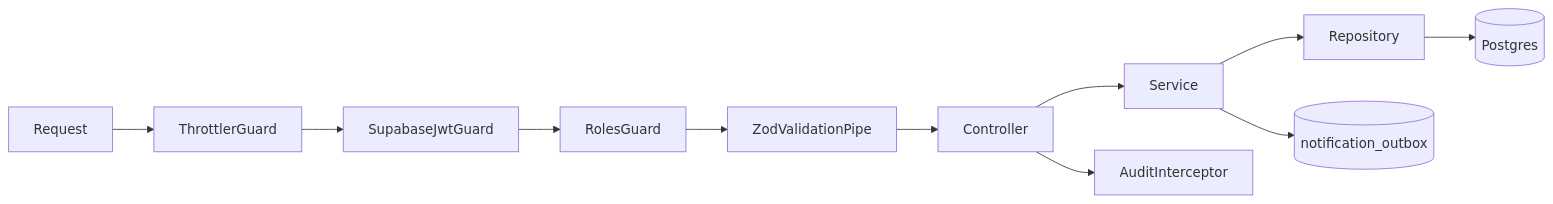
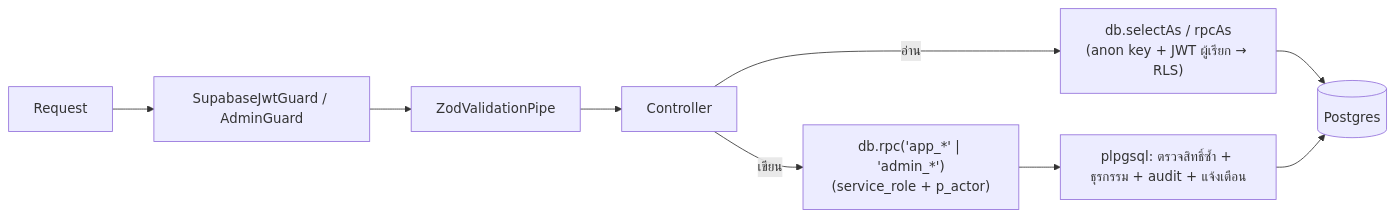
One commit to NightList/NightOut changed the third of 7 diagrams in docs/ARCHITECTURE.md. Above: the diagram before and after it, drawn with Mermaid. The commit also changed other lines of this file and 3 other files, not shown here.

First line of the commit message:
docs: ADR 0006 (เสนอจัด API ตามโดเมน + packages/contracts) · ARCHITECTURE หัวข้อ Backend ให้ตรงของจริง · CLAUDE.md checklist เพิ่ม endpoint + กฎ DB ที่เจอจริง

````diff
--- a/docs/ARCHITECTURE.md
+++ b/docs/ARCHITECTURE.md
@@ -209,6 +214,6 @@
 ```mermaid
 flowchart LR
-  R[Request] --> T[ThrottlerGuard] --> J[SupabaseJwtGuard] --> RG[RolesGuard] --> P[ZodValidationPipe] --> CT[Controller] --> S[Service] --> RP[Repository] --> DB[(Postgres)]
-  S --> O[(notification_outbox)]
-  CT --> I[AuditInterceptor]
+  R[Request] --> G[SupabaseJwtGuard / AdminGuard] --> P[ZodValidationPipe] --> C[Controller]
+  C -- อ่าน --> RA["db.selectAs / rpcAs<br/>(anon key + JWT ผู้เรียก → RLS)"] --> PG[(Postgres)]
+  C -- เขียน --> RW["db.rpc('app_*' | 'admin_*')<br/>(service_role + p_actor)"] --> F["plpgsql: ตรวจสิทธิ์ซ้ำ + ธุรกรรม + audit + แจ้งเตือน"] --> PG
 ```
````
